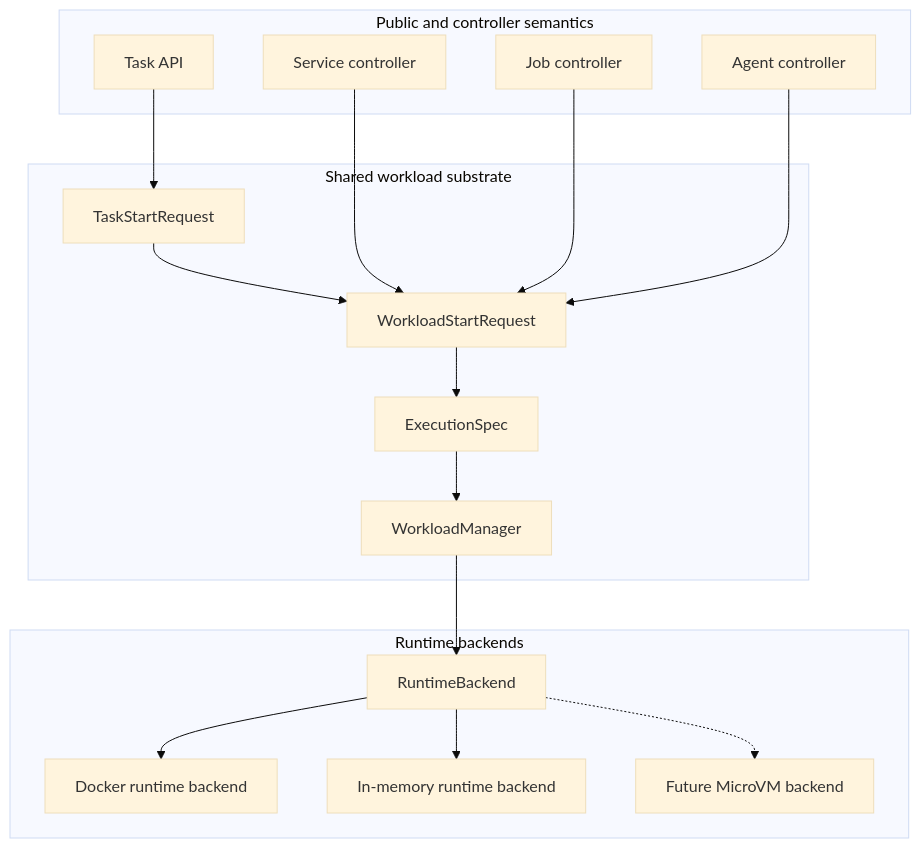
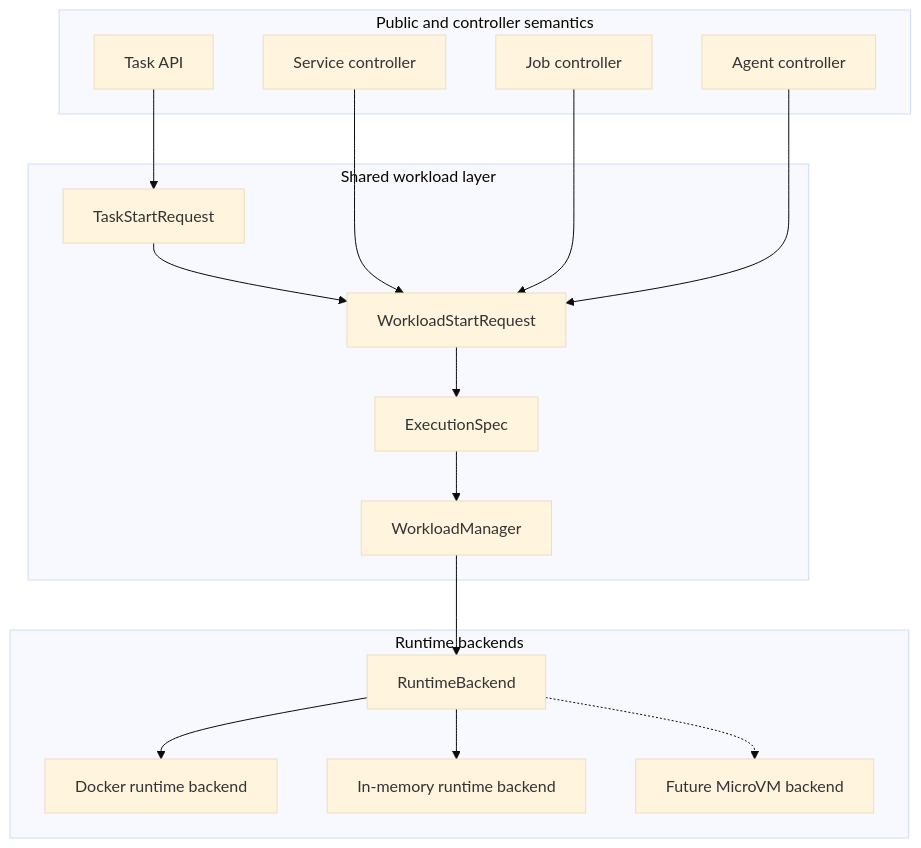
The first of 3 diagrams in docs/workloads-and-runtimes.md (MantissaLabs/mantissa), drawn with Mermaid (base theme) before and after one commit. The commit also changed other lines of this file and 10 other files, not shown here.

````diff
--- a/docs/workloads-and-runtimes.md
+++ b/docs/workloads-and-runtimes.md
@@ -37,35 +37,35 @@
 ```mermaid
 flowchart TB
     subgraph Semantics["Public and controller semantics"]
         Task["Task API"]
         Service["Service controller"]
         Job["Job controller"]
         Agent["Agent controller"]
     end
 
-    subgraph Workloads["Shared workload substrate"]
+    subgraph Workloads["Shared workload layer"]
         TaskStart["TaskStartRequest"]
         Start["WorkloadStartRequest"]
         Exec["ExecutionSpec"]
         Manager["WorkloadManager"]
     end
 
     subgraph Runtimes["Runtime backends"]
         Trait["RuntimeBackend"]
         Docker["Docker runtime backend"]
         Memory["In-memory runtime backend"]
         Future["Future MicroVM backend"]
     end
 
     Task --> TaskStart
     TaskStart --> Start
     Service --> Start
     Job --> Start
     Agent --> Start
     Start --> Exec
     Exec --> Manager
     Manager --> Trait
     Trait --> Docker
     Trait --> Memory
     Trait -.-> Future
 ```
````
